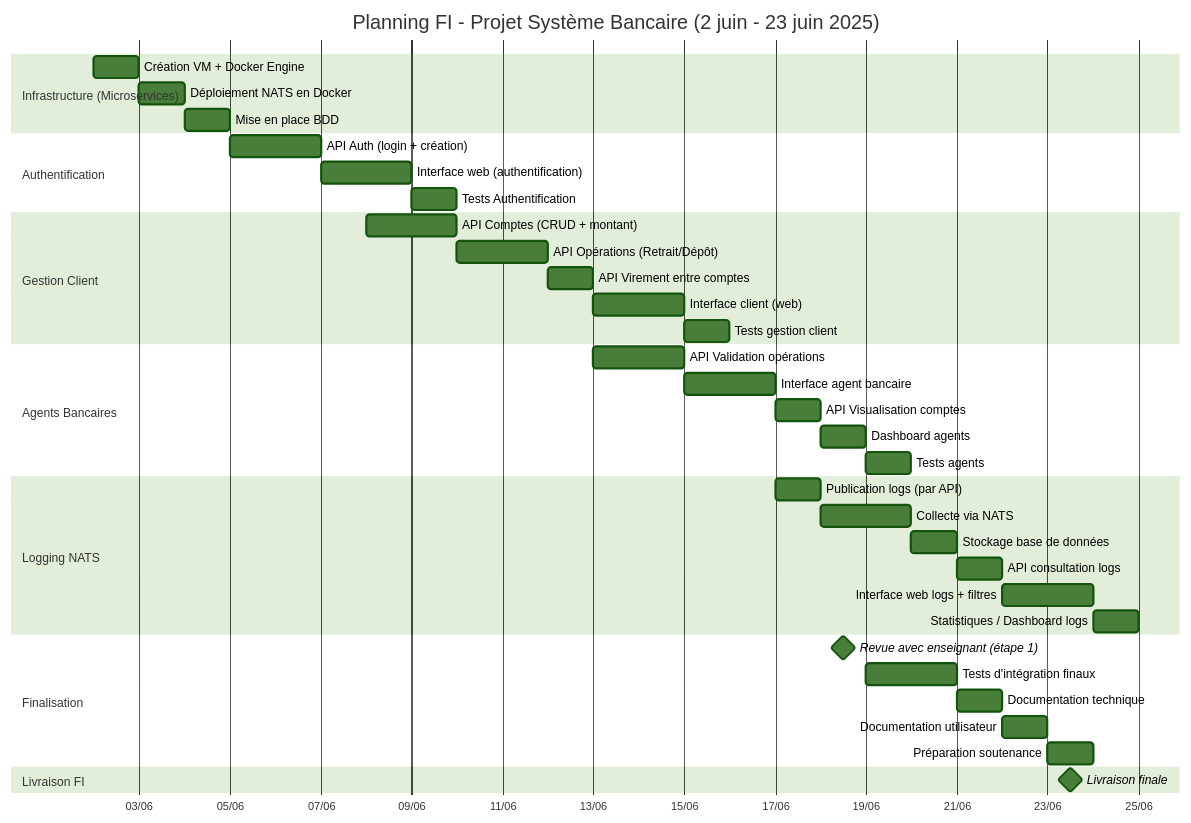
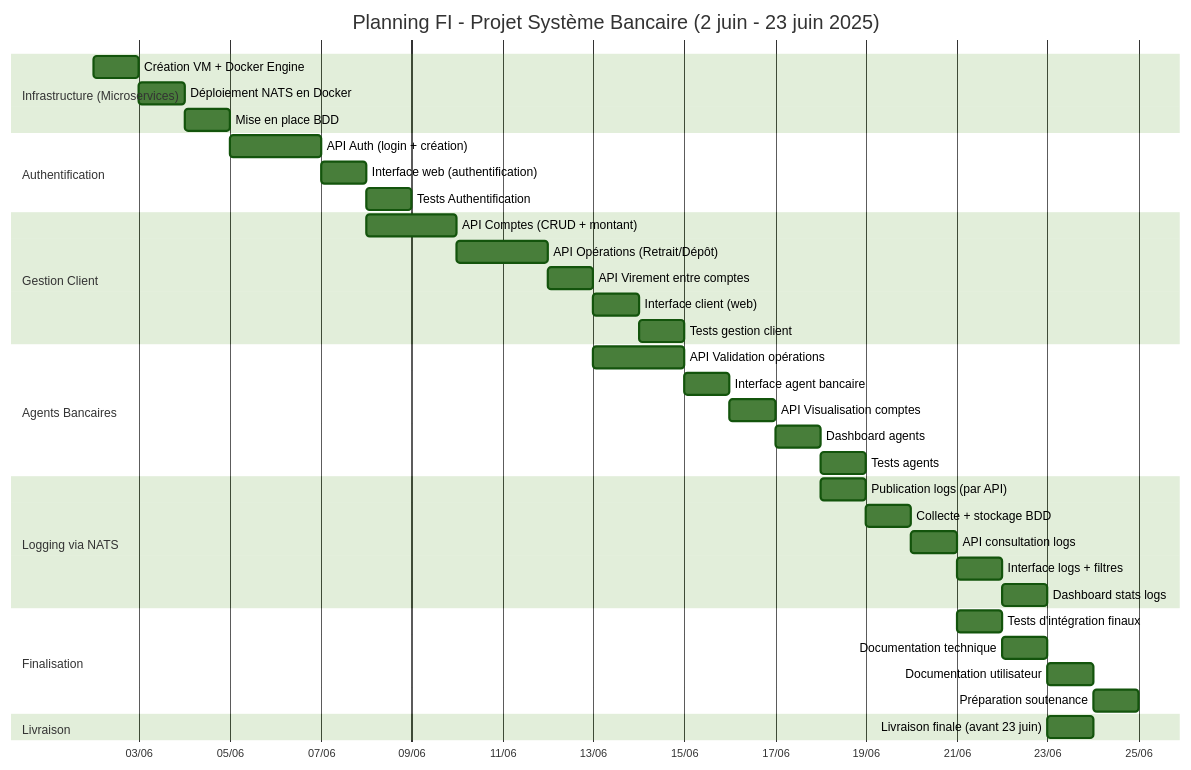
One commit to LOIC-only-one/sae_bank_leading changed the diagram in README.md. Above: the diagram before and after it, drawn with Mermaid (forest theme).

````diff
--- a/README.md
+++ b/README.md
@@ -1,48 +1,46 @@
 ```mermaid
 gantt
     title Planning FI - Projet Système Bancaire (2 juin - 23 juin 2025)
     dateFormat  YYYY-MM-DD
     axisFormat  %d/%m
 
     section Infrastructure (Microservices)
     Création VM + Docker Engine     :vm-setup, 2025-06-02, 1d
     Déploiement NATS en Docker      :nats-docker, after vm-setup, 1d
     Mise en place BDD               :db-setup, after nats-docker, 1d
 
     section Authentification
-    API Auth (login + création)     :auth-api, after db-setup, 2d
-    Interface web (authentification):auth-ui, after auth-api, 2d
+    API Auth (login + création)     :auth-api, 2025-06-05, 2d
+    Interface web (authentification):auth-ui, after auth-api, 1d
     Tests Authentification          :auth-test, after auth-ui, 1d
 
     section Gestion Client
     API Comptes (CRUD + montant)    :client-api, 2025-06-08, 2d
     API Opérations (Retrait/Dépôt)  :ops-api, after client-api, 2d
     API Virement entre comptes      :virement-api, after ops-api, 1d
-    Interface client (web)          :client-ui, after virement-api, 2d
+    Interface client (web)          :client-ui, after virement-api, 1d
     Tests gestion client            :client-test, after client-ui, 1d
 
     section Agents Bancaires
     API Validation opérations       :agent-api, 2025-06-13, 2d
-    Interface agent bancaire        :agent-ui, after agent-api, 2d
+    Interface agent bancaire        :agent-ui, after agent-api, 1d
     API Visualisation comptes       :view-api, after agent-ui, 1d
     Dashboard agents                :dashboard-agent, after view-api, 1d
     Tests agents                    :agent-test, after dashboard-agent, 1d
 
-    section Logging NATS
-    Publication logs (par API)      :log-publish, 2025-06-17, 1d
-    Collecte via NATS               :log-collect, after log-publish, 2d
-    Stockage base de données        :log-db, after log-collect, 1d
-    API consultation logs           :log-api, after log-db, 1d
-    Interface web logs + filtres    :log-ui, after log-api, 2d
-    Statistiques / Dashboard logs   :log-stats, after log-ui, 1d
+    section Logging via NATS
+    Publication logs (par API)      :log-publish, 2025-06-18, 1d
+    Collecte + stockage BDD         :log-collect, after log-publish, 1d
+    API consultation logs           :log-api, after log-collect, 1d
+    Interface logs + filtres        :log-ui, after log-api, 1d
+    Dashboard stats logs            :log-stats, after log-ui, 1d
 
     section Finalisation
-    Revue avec enseignant (étape 1) :milestone, checkpoint1, 2025-06-18, 1d
-    Tests d'intégration finaux      :integration, after checkpoint1, 2d
+    Tests d'intégration finaux      :integration, 2025-06-21, 1d
     Documentation technique         :doc-tech, after integration, 1d
-    Documentation utilisateur       :doc-user, after doc-tech, 1d
-    Préparation soutenance          :prep, after doc-user, 1d
+    Documentation utilisateur       :doc-user, after doc-tech, 0.5d
+    Préparation soutenance          :prep, after doc-user, 0.5d
 
-    section Livraison FI
-    Livraison finale                :milestone, delivery-fi, 2025-06-23, 1d
+    section Livraison
+    Livraison finale (avant 23 juin):delivery, 2025-06-23, 1d
 ```
````
